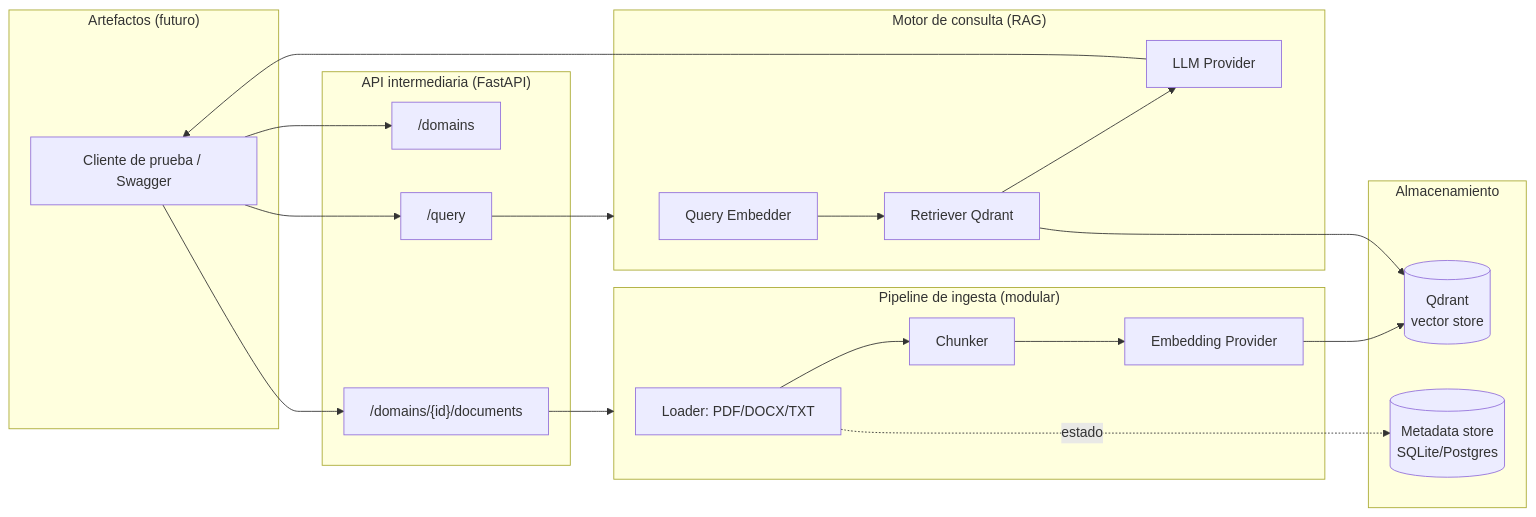
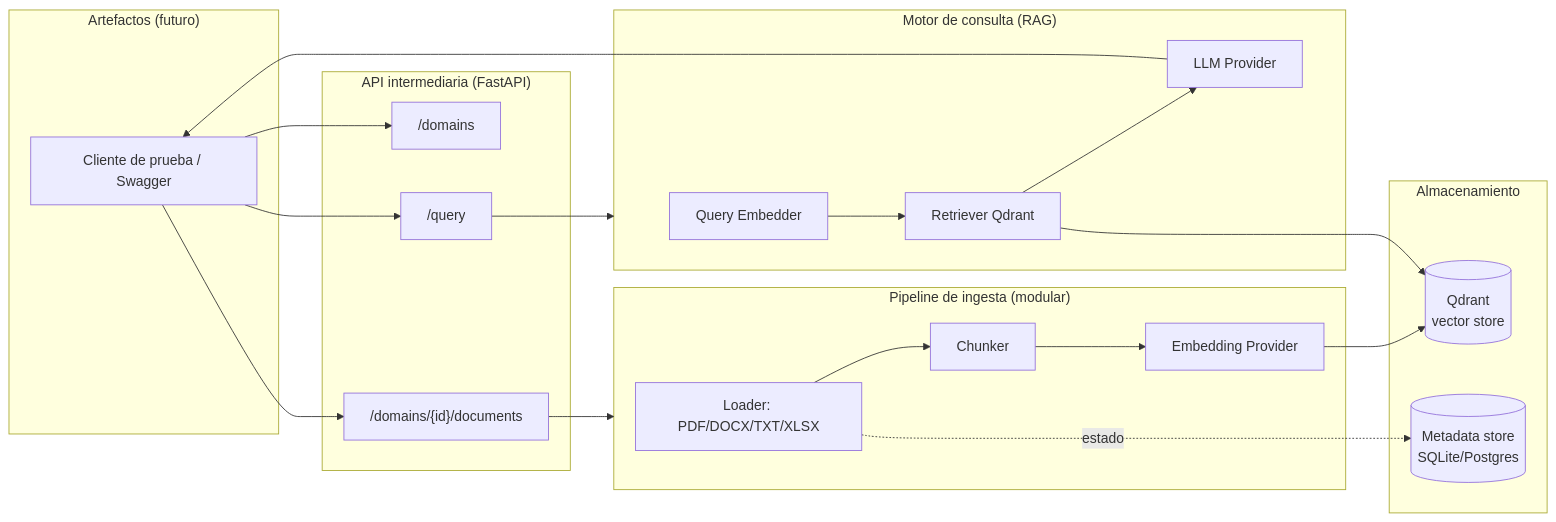
Before and after one commit to K-lobiTo/MIA: the diagram in docs/Definicion_Requerimientos_MVP.md, drawn with Mermaid. The commit also changed other lines of this file and 43 other files, not shown here.

Commit message:
Feature 018: ingesta de documentos Excel (.xlsx) con XlsxLoader, nota de estado del documento (migracion 0013) y tope de filas MAX_EXCEL_ROWS

````diff
--- a/docs/Definicion_Requerimientos_MVP.md
+++ b/docs/Definicion_Requerimientos_MVP.md
@@ -43,35 +43,35 @@
 ```mermaid
 flowchart LR
     subgraph Artefactos["Artefactos (futuro)"]
         A1[Cliente de prueba / Swagger]
     end
 
     subgraph API["API intermediaria (FastAPI)"]
         E1["/domains"]
         E2["/domains/{id}/documents"]
         E3["/query"]
     end
 
     subgraph Ingesta["Pipeline de ingesta (modular)"]
-        L[Loader: PDF/DOCX/TXT] --> C[Chunker]
+        L[Loader: PDF/DOCX/TXT/XLSX] --> C[Chunker]
         C --> EMB[Embedding Provider]
     end
 
     subgraph RAG["Motor de consulta (RAG)"]
         Q[Query Embedder] --> R[Retriever Qdrant]
         R --> LLM[LLM Provider]
     end
 
     subgraph Almacenamiento
         V[(Qdrant\nvector store)]
         M[(Metadata store\nSQLite/Postgres)]
     end
 
     A1 --> E1 & E2 & E3
     E2 --> Ingesta
     EMB --> V
     L -. estado .-> M
     E3 --> RAG
     R --> V
     LLM --> A1
 ```
````
